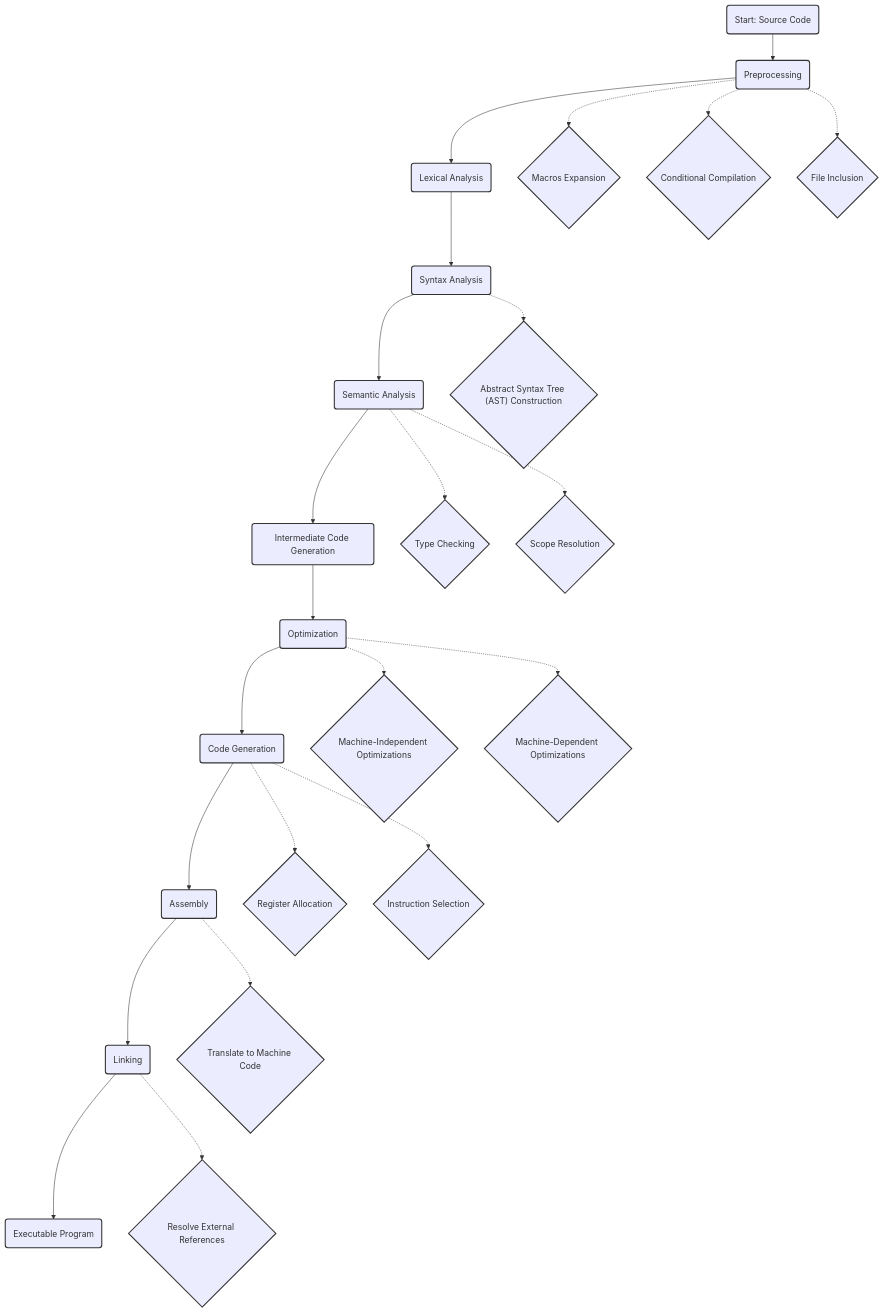
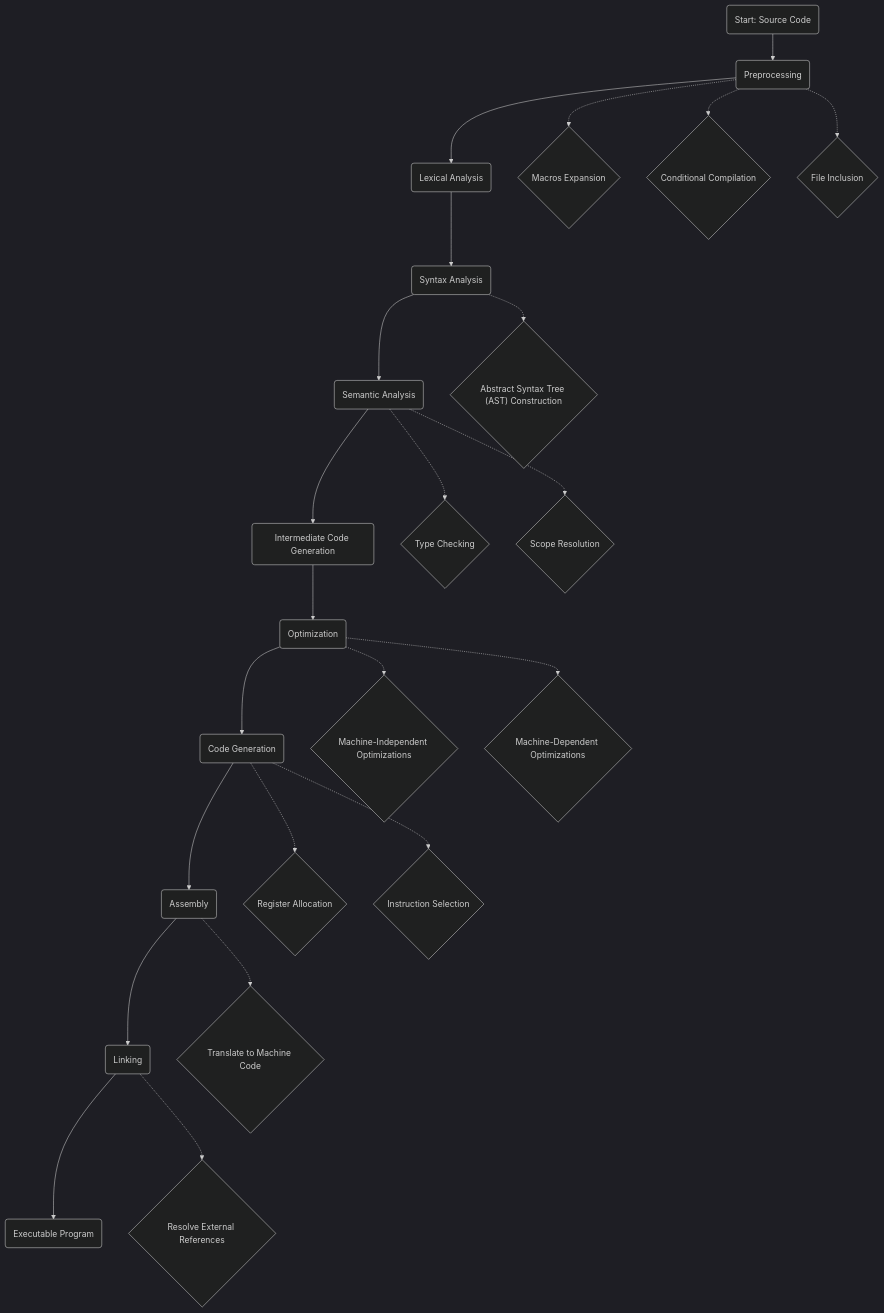
Before and after one commit to hemzaz/mermaids: the diagram in compiler.mermaid, drawn with Mermaid. The commit also changed 15 other files, not shown here.

```diff
--- a/compiler.mermaid
+++ b/compiler.mermaid
@@ -1,27 +1,37 @@
+%%{init: {'theme':'dark', 'themeVariables': { 
+    'primaryColor': '#E95420', 
+    'primaryBorderColor': '#C4441C', 
+    'primaryTextColor': '#fff',
+    'secondaryColor': '#F58220', 
+    'secondaryBorderColor': '#C25D06',
+    'lineColor': '#CCCCCC', 
+    'textColor': '#CCCCCC',
+    'background': '#282a36'
+}}}%%
+
 graph TD;
     A(Start: Source Code) --> B(Preprocessing)
     B --> C(Lexical Analysis)
     C --> D(Syntax Analysis)
     D --> E(Semantic Analysis)
     E --> F(Intermediate Code Generation)
     F --> G(Optimization)
     G --> H(Code Generation)
     H --> I(Assembly)
     I --> J(Linking)
     J --> K(Executable Program)
     %% Optional Details
     B -.-> L{Macros Expansion}
     B -.-> M{Conditional Compilation}
     B -.-> N{File Inclusion}
     D -.-> O{"Abstract Syntax Tree (AST) Construction"}
     E -.-> P{Type Checking}
     E -.-> Q{Scope Resolution}
     G -.-> R{Machine-Independent Optimizations}
     G -.-> S{Machine-Dependent Optimizations}
     H -.-> T{Register Allocation}
     H -.-> U{Instruction Selection}
     I -.-> V{Translate to Machine Code}
     J -.-> W{Resolve External References}
 
-    classDef process fill:#fffff,stroke:#333,stroke-width:2px;
-    class A,B,C,D,E,F,G,H,I,J,K,L,M,N,O,P,Q,R,S,T,U,V,W process;
+    %% No custom styling for better compatibility
```
